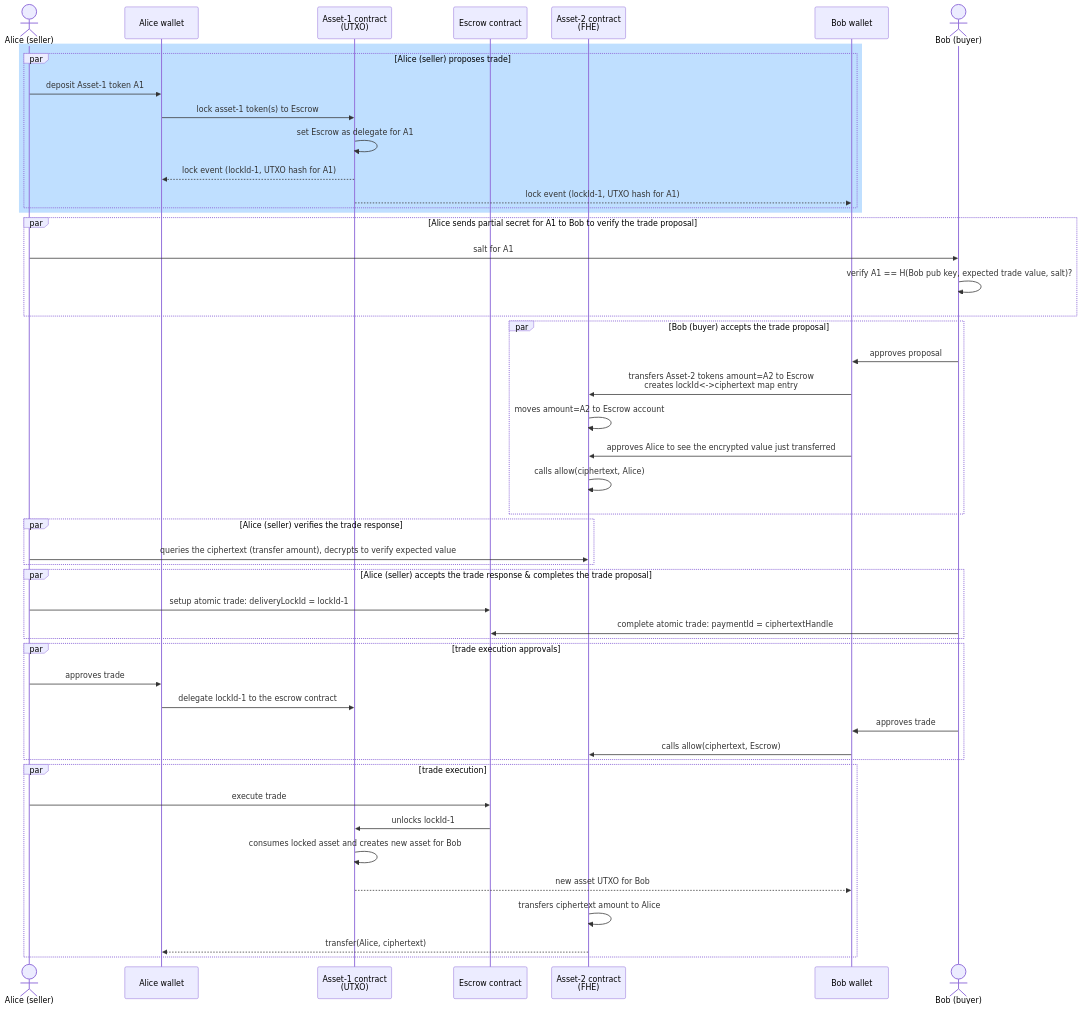
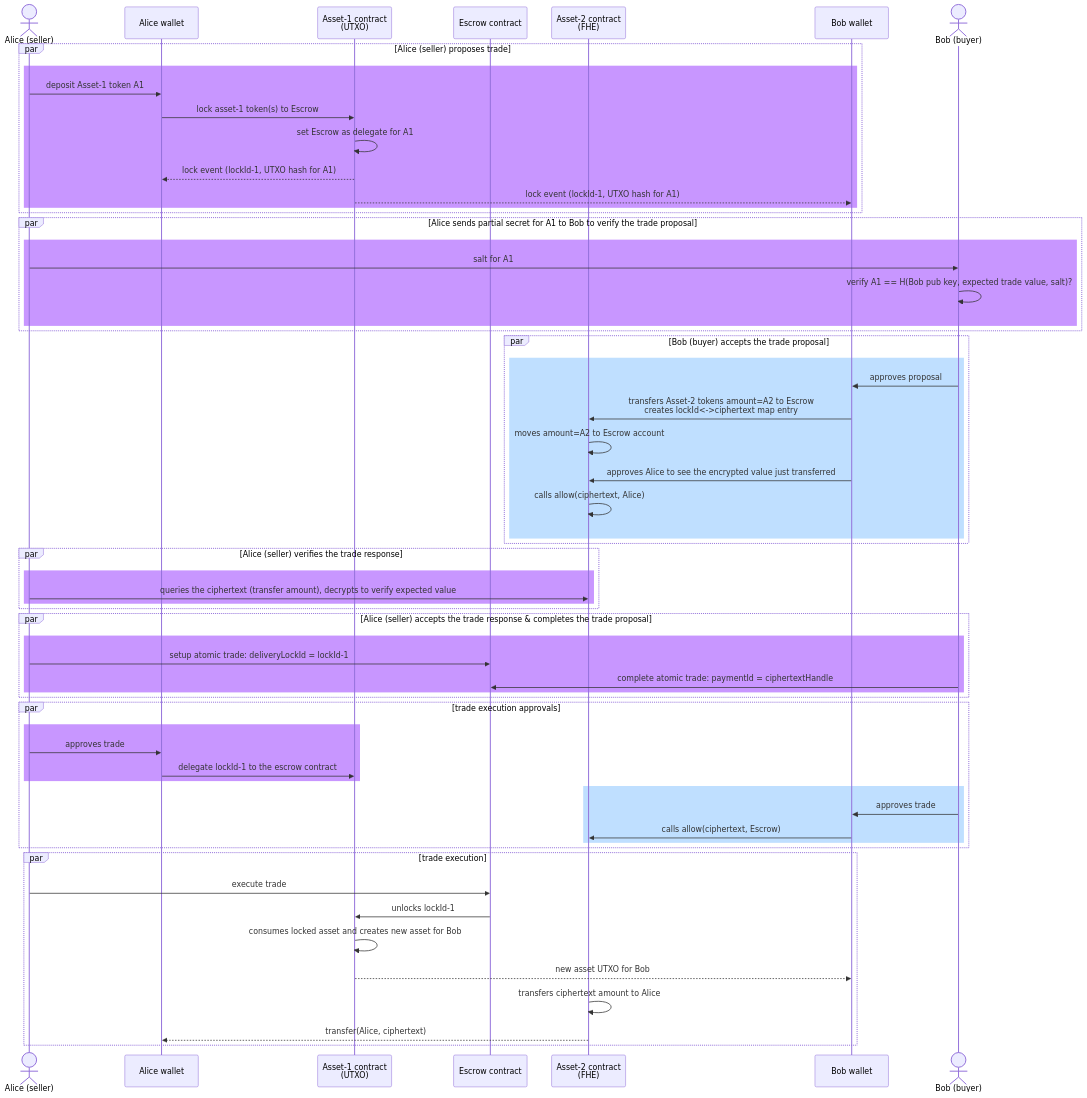
The first of 3 diagrams in README.md (kaleido-io/pet-dvp), drawn with Mermaid before and after one commit.

Commit message:
add color to sequence diagram

````diff
--- a/README.md
+++ b/README.md
@@ -18,51 +18,63 @@
 ```mermaid
 sequenceDiagram
   actor A as Alice (seller)
   participant Aw as Alice wallet
   participant A1 as Asset-1 contract<br>(UTXO)
   participant E as Escrow contract
   participant A2 as Asset-2 contract<br>(FHE)
   participant Bw as Bob wallet
   actor B as Bob (buyer)
-  rect rgb(191, 223, 255)
   par Alice (seller) proposes trade
+  rect rgb(200, 150, 255)
     A->>Aw: deposit Asset-1 token A1
     Aw->>A1: lock asset-1 token(s) to Escrow
     A1->>A1: set Escrow as delegate for A1
     A1-->>Aw: lock event (lockId-1, UTXO hash for A1)
     A1-->>Bw: lock event (lockId-1, UTXO hash for A1)
   end
   end
   par Alice sends partial secret for A1 to Bob to verify the trade proposal
+  rect rgb(200, 150, 255)
     A->>B: salt for A1
     B->>B: verify A1 == H(Bob pub key, expected trade value, salt)?
   end
+  end
   par Bob (buyer) accepts the trade proposal
+  rect rgb(191, 223, 255)
     B->>Bw: approves proposal
     Bw->>A2: transfers Asset-2 tokens amount=A2 to Escrow<br>creates lockId<->ciphertext map entry
     A2->>A2: moves amount=A2 to Escrow account
     Bw->>A2: approves Alice to see the encrypted value just transferred
     A2->>A2: calls allow(ciphertext, Alice)
   end
+  end
   par Alice (seller) verifies the trade response
+  rect rgb(200, 150, 255)
     A->>A2: queries the ciphertext (transfer amount), decrypts to verify expected value
   end
+  end
   par Alice (seller) accepts the trade response & completes the trade proposal
+  rect rgb(200, 150, 255)
     A->>E: setup atomic trade: deliveryLockId = lockId-1
     B->>E: complete atomic trade: paymentId = ciphertextHandle
   end
+  end
   par trade execution approvals
+    rect rgb(200, 150, 255)
     A->>Aw: approves trade
     Aw->>A1: delegate lockId-1 to the escrow contract
+    end
+    rect rgb(191, 223, 255)
     B->>Bw: approves trade
     Bw->>A2: calls allow(ciphertext, Escrow)
+    end
   end
   par trade execution
     A->>E: execute trade
     E->>A1: unlocks lockId-1
     A1->>A1: consumes locked asset and creates new asset for Bob
     A1-->>Bw: new asset UTXO for Bob
     A2->>A2: transfers ciphertext amount to Alice
     A2-->>Aw: transfer(Alice, ciphertext)
   end
 ```
````
